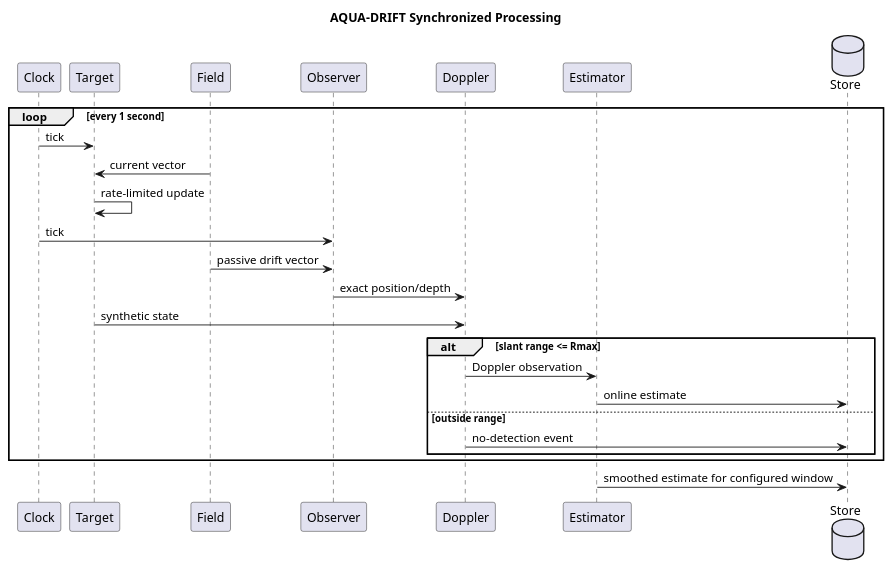
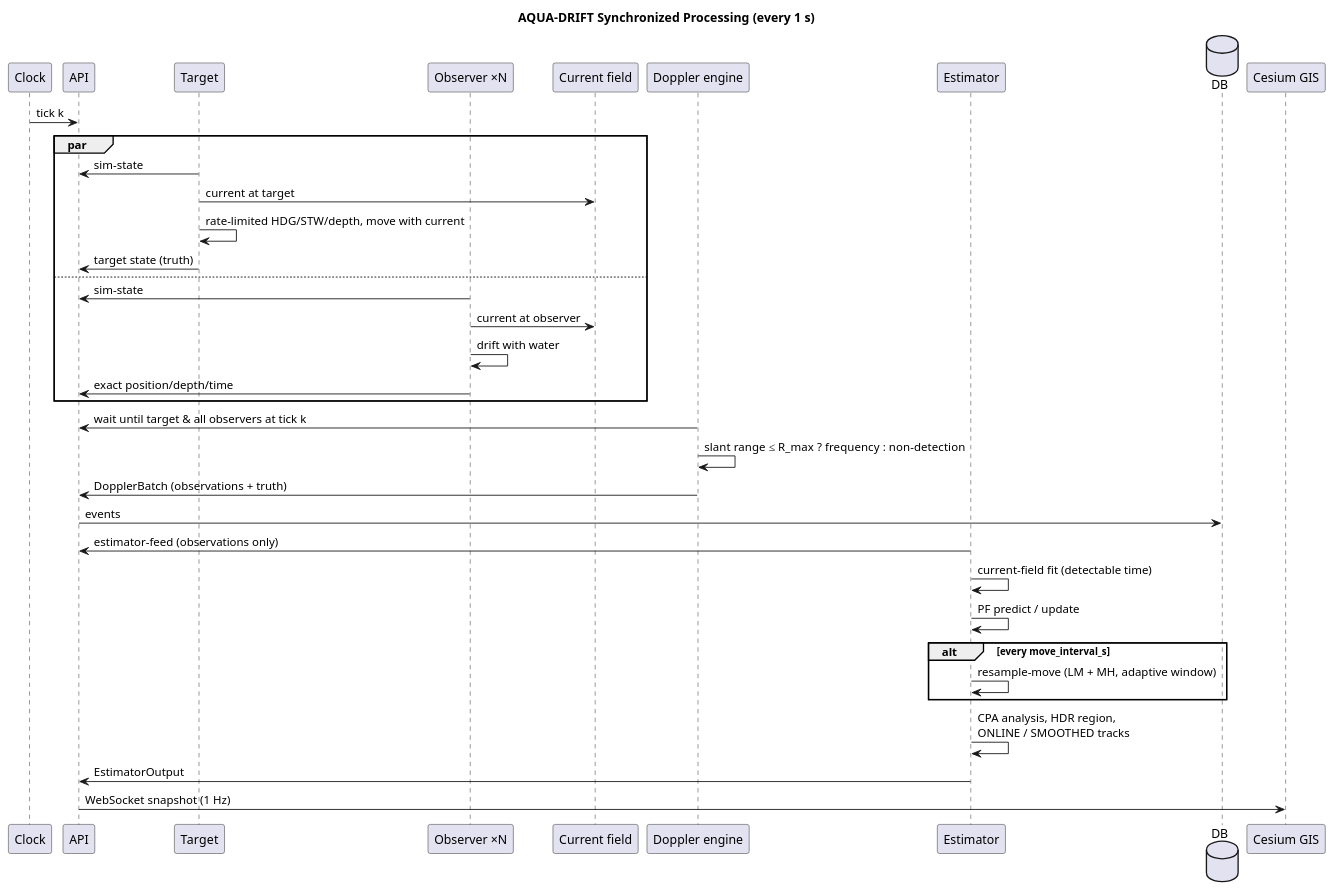
Before and after one commit to UeEmon/aqua-drift-simulator: the diagram in docs/uml/sequence.puml, drawn with PlantUML. The commit also changed 12 other files, not shown here.

```diff
--- a/docs/uml/sequence.puml
+++ b/docs/uml/sequence.puml
@@ -1,27 +1,38 @@
 @startuml
-title AQUA-DRIFT Synchronized Processing
+title AQUA-DRIFT Synchronized Processing (every 1 s)
 participant Clock
+participant API
 participant Target
-participant Field
-participant Observer
-participant Doppler
+participant "Observer ×N" as Observer
+participant "Current field" as Field
+participant "Doppler engine" as Doppler
 participant Estimator
-database Store
+database DB
+participant "Cesium GIS" as GIS
 
-loop every 1 second
-  Clock -> Target : tick
-  Field -> Target : current vector
-  Target -> Target : rate-limited update
-  Clock -> Observer : tick
-  Field -> Observer : passive drift vector
-  Observer -> Doppler : exact position/depth
-  Target -> Doppler : synthetic state
-  alt slant range <= Rmax
-    Doppler -> Estimator : Doppler observation
-    Estimator -> Store : online estimate
-  else outside range
-    Doppler -> Store : no-detection event
-  end
+Clock -> API : tick k
+par
+  Target -> API : sim-state
+  Target -> Field : current at target
+  Target -> Target : rate-limited HDG/STW/depth, move with current
+  Target -> API : target state (truth)
+else
+  Observer -> API : sim-state
+  Observer -> Field : current at observer
+  Observer -> Observer : drift with water
+  Observer -> API : exact position/depth/time
 end
-Estimator -> Store : smoothed estimate for configured window
+Doppler -> API : wait until target & all observers at tick k
+Doppler -> Doppler : slant range ≤ R_max ? frequency : non-detection
+Doppler -> API : DopplerBatch (observations + truth)
+API -> DB : events
+Estimator -> API : estimator-feed (observations only)
+Estimator -> Estimator : current-field fit (detectable time)
+Estimator -> Estimator : PF predict / update
+alt every move_interval_s
+  Estimator -> Estimator : resample-move (LM + MH, adaptive window)
+end
+Estimator -> Estimator : CPA analysis, HDR region,\nONLINE / SMOOTHED tracks
+Estimator -> API : EstimatorOutput
+API -> GIS : WebSocket snapshot (1 Hz)
 @enduml
```
